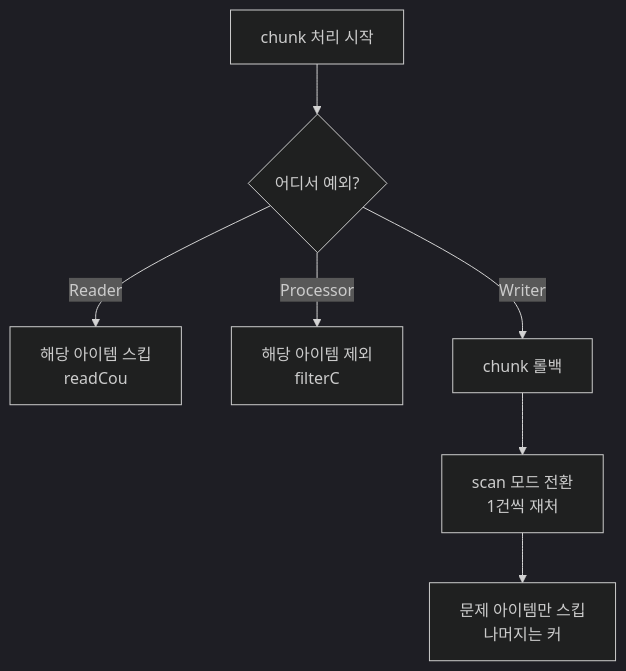
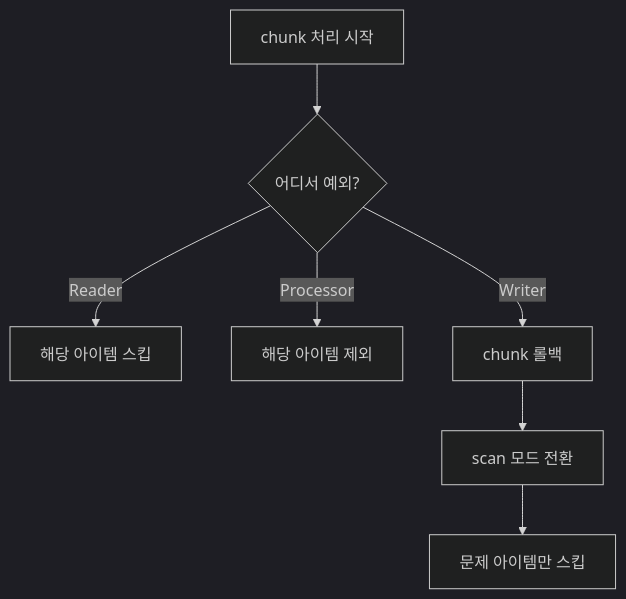
Before and after one commit to yjkim2015/yjkim2015.github.io: the third of 6 diagrams in _posts/batch/2026-05-03-spring-batch-chunk-processing.md, drawn with Mermaid (dark theme). The commit also changed 217 other files, not shown here.

First line of the commit message:
Mermaid 크기 수정: useMaxWidth:true + SVG max-width:100% + 라벨 축소

````diff
--- a/_posts/batch/2026-05-03-spring-batch-chunk-processing.md
+++ b/_posts/batch/2026-05-03-spring-batch-chunk-processing.md
@@ -228,9 +228,9 @@
 ```mermaid
 flowchart TD
     A["chunk 처리 시작"] --> B{"어디서 예외?"}
-    B -->|"Reader"| C["해당 아이템 스킵\nreadCou"]
-    B -->|"Processor"| D["해당 아이템 제외\nfilterC"]
+    B -->|"Reader"| C["해당 아이템 스킵"]
+    B -->|"Processor"| D["해당 아이템 제외"]
     B -->|"Writer"| E["chunk 롤백"]
-    E --> F["scan 모드 전환\n1건씩 재처"]
-    F --> G["문제 아이템만 스킵\n나머지는 커"]
+    E --> F["scan 모드 전환"]
+    F --> G["문제 아이템만 스킵"]
 ```
````
